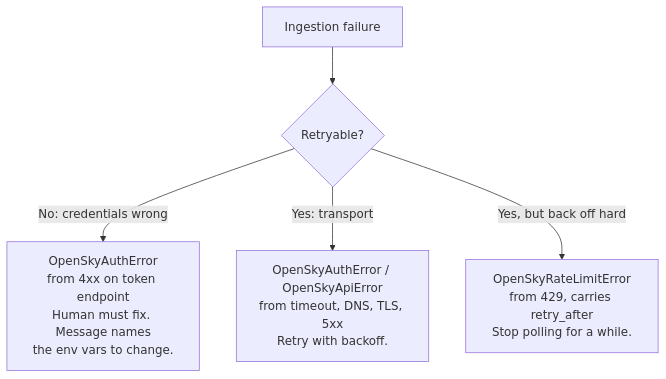
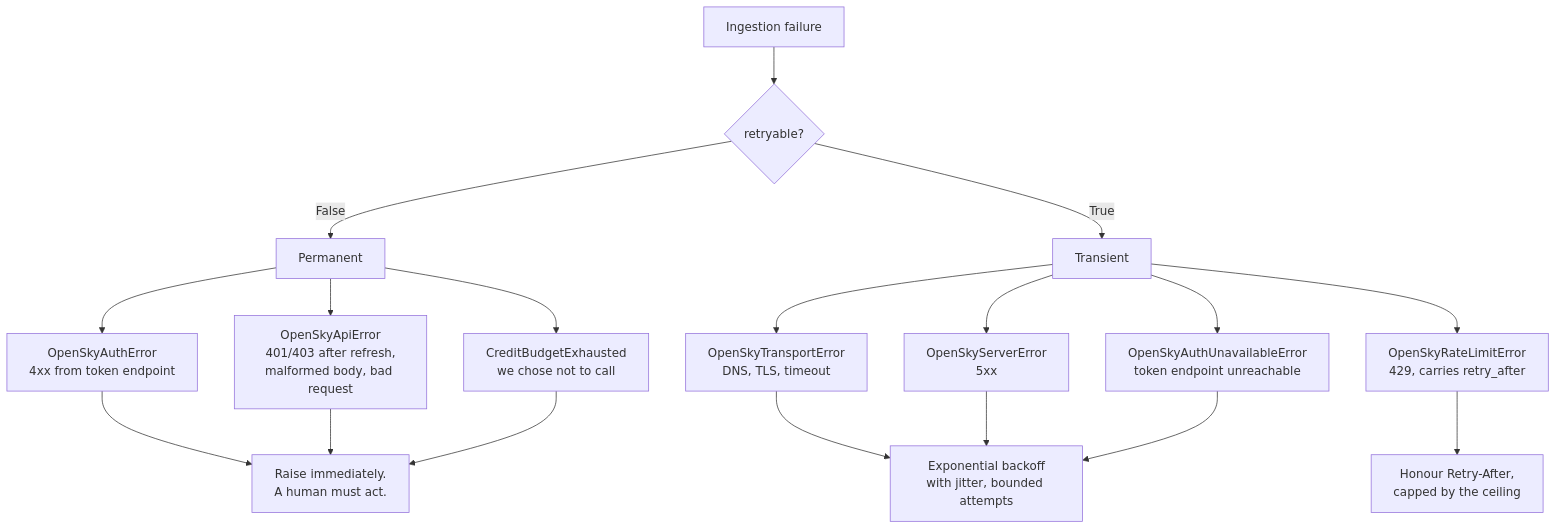
One commit to YWY2002/Flight-delay-prediction-system changed the sixth of 8 diagrams in ARCHITECTURE.md. Above: the diagram before and after it, drawn with Mermaid. The commit also changed other lines of this file and 12 other files, not shown here.

````diff
--- a/ARCHITECTURE.md
+++ b/ARCHITECTURE.md
@@ -369,7 +377,24 @@
 ```mermaid
 flowchart TD
-    E["Ingestion failure"] --> Q{"Retryable?"}
-    Q -->|"No: credentials wrong"| A["OpenSkyAuthError<br/>from 4xx on token endpoint<br/>Human must fix. Message names<br/>the env vars to change."]
-    Q -->|"Yes: transport"| B["OpenSkyAuthError / OpenSkyApiError<br/>from timeout, DNS, TLS, 5xx<br/>Retry with backoff."]
-    Q -->|"Yes, but back off hard"| C["OpenSkyRateLimitError<br/>from 429, carries retry_after<br/>Stop polling for a while."]
+    E["Ingestion failure"] --> Q{"retryable?"}
+
+    Q -->|"False"| P["Permanent"]
+    Q -->|"True"| T["Transient"]
+
+    P --> P1["OpenSkyAuthError<br/>4xx from token endpoint"]
+    P --> P2["OpenSkyApiError<br/>401/403 after refresh,<br/>malformed body, bad request"]
+    P --> P3["CreditBudgetExhausted<br/>we chose not to call"]
+
+    T --> T1["OpenSkyTransportError<br/>DNS, TLS, timeout"]
+    T --> T2["OpenSkyServerError<br/>5xx"]
+    T --> T3["OpenSkyRateLimitError<br/>429, carries retry_after"]
+    T --> T4["OpenSkyAuthUnavailableError<br/>token endpoint unreachable"]
+
+    P1 --> STOP["Raise immediately.<br/>A human must act."]
+    P2 --> STOP
+    P3 --> STOP
+    T1 --> BACK["Exponential backoff<br/>with jitter, bounded attempts"]
+    T2 --> BACK
+    T4 --> BACK
+    T3 --> RA["Honour Retry-After,<br/>capped by the ceiling"]
 ```
````
